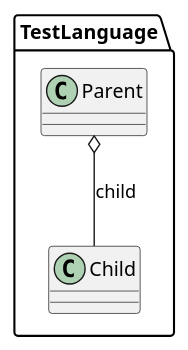
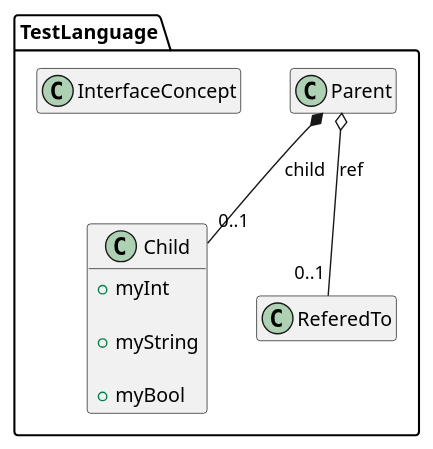
One commit to CampagneLaboratory/UML_Diagrams changed the diagram in solutions/Sandbox/classes_gen/Self/TestLanguageView.puml. Above: the diagram before and after it, drawn with PlantUML. The commit also changed 40 other files, not shown here.

Commit message:
Distinguish between composition and aggregation, in the UML sense (child relations are composition in the UML sense, and MPS reference are aggregation in the UML sense). Show extends and concept interfaces implemented by concepts. Fix the hide feature.

```diff
--- a/solutions/Sandbox/classes_gen/Self/TestLanguageView.puml
+++ b/solutions/Sandbox/classes_gen/Self/TestLanguageView.puml
@@ -1,12 +1,25 @@
 @startuml
 
 package TestLanguage {
 
 class Child {
+
++myInt
+
++myString
+
++myBool
 }
+hide empty members
 
 class Parent {
 }
-Parent o-- Child : child
+hide empty members
+Parent o-- "0..1"ReferedTo : ref
+Parent *-- "0..1" Child : child
+
+class InterfaceConcept {
+}
+hide empty members
 }
 @enduml
```
